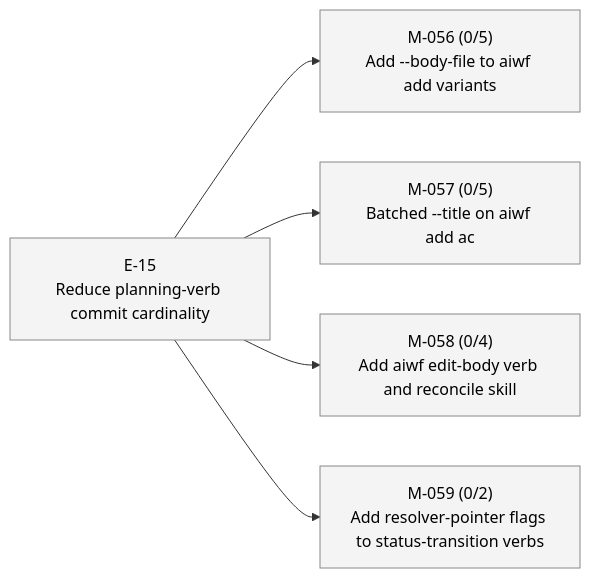
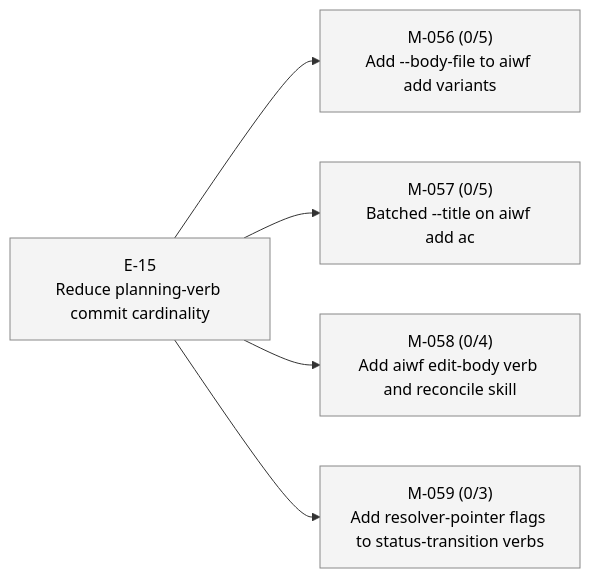
The third of 3 diagrams in STATUS.md (23min/aiwf), drawn with Mermaid before and after one commit. The commit also changed other lines of this file and 1 other file, not shown here.

First line of the commit message:
aiwf add ac M-059/AC-3 "Verb writes resolver field atomically with status change"

````diff
--- a/STATUS.md
+++ b/STATUS.md
@@ -70,18 +70,18 @@
 ```mermaid
 flowchart LR
   E_15["E-15<br/>Reduce planning-verb commit cardinality"]:::epic_proposed
   M_056["M-056 (0/5)<br/>Add --body-file to aiwf add variants"]:::ms_draft
   E_15 --> M_056
   M_057["M-057 (0/5)<br/>Batched --title on aiwf add ac"]:::ms_draft
   E_15 --> M_057
   M_058["M-058 (0/4)<br/>Add aiwf edit-body verb and reconcile skill"]:::ms_draft
   E_15 --> M_058
-  M_059["M-059 (0/2)<br/>Add resolver-pointer flags to status-transition verbs"]:::ms_draft
+  M_059["M-059 (0/3)<br/>Add resolver-pointer flags to status-transition verbs"]:::ms_draft
   E_15 --> M_059
   classDef epic_active fill:#d6eaff,stroke:#1a73e8,color:#000
   classDef epic_proposed fill:#f4f4f4,stroke:#888,color:#000
   classDef ms_done fill:#d8f5d8,stroke:#2a8a2a,color:#000
   classDef ms_in_progress fill:#fff3c4,stroke:#caa400,color:#000
   classDef ms_draft fill:#f4f4f4,stroke:#888,color:#000
   classDef ms_cancelled fill:#fbeaea,stroke:#c33,color:#000
 ```
````
